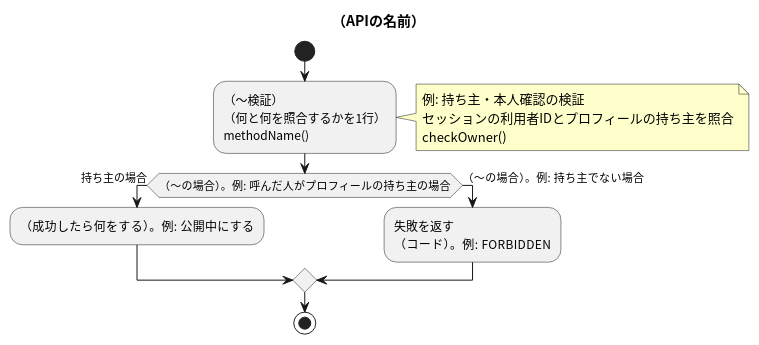
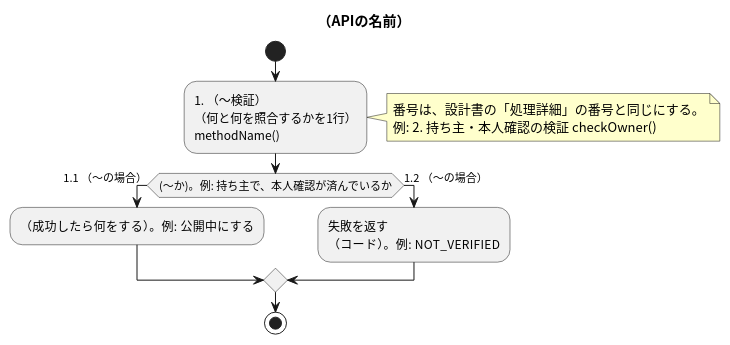
The diagram in apis/_template/flow.puml (masamasamasato/design-doc-template), drawn with PlantUML before and after one commit. The commit also changed 13 other files, not shown here.

```diff
--- a/apis/_template/flow.puml
+++ b/apis/_template/flow.puml
@@ -3,18 +3,18 @@
 @startuml
 skinparam shadowing false
 skinparam NoteBackgroundColor #FFFFCC
 skinparam defaultFontName "Noto Sans CJK JP"
 
 title （APIの名前）
 
 start
-:（〜検証）\n（何と何を照合するかを1行）\nmethodName();
-note right: 例: 持ち主・本人確認の検証\nセッションの利用者IDとプロフィールの持ち主を照合\ncheckOwner()
-if (（〜の場合）。例: 呼んだ人がプロフィールの持ち主の場合) then (持ち主の場合)
+:1. （〜検証）\n（何と何を照合するかを1行）\nmethodName();
+note right: 番号は、設計書の「処理詳細」の番号と同じにする。\n例: 2. 持ち主・本人確認の検証 checkOwner()
+if ((〜か)。例: 持ち主で、本人確認が済んでいるか) then (1.1 （〜の場合）)
   :（成功したら何をする）。例: 公開中にする;
-else (（〜の場合）。例: 持ち主でない場合)
-  :失敗を返す\n（コード）。例: FORBIDDEN;
+else (1.2 （〜の場合）)
+  :失敗を返す\n（コード）。例: NOT_VERIFIED;
 endif
 stop
 
 @enduml
```
